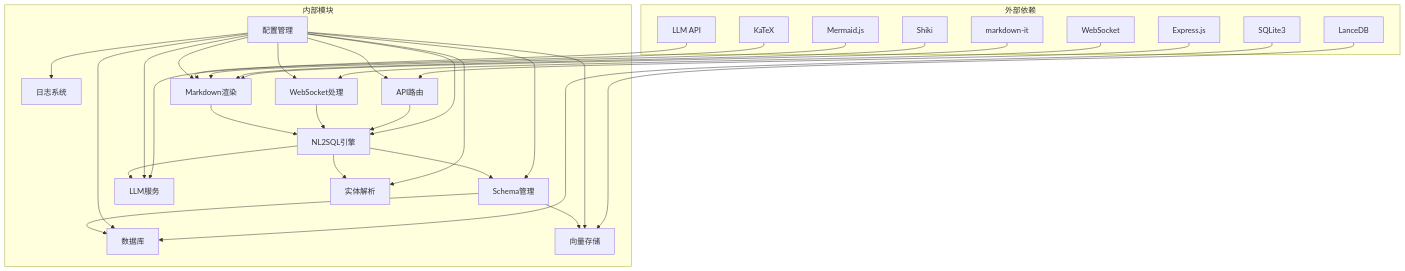
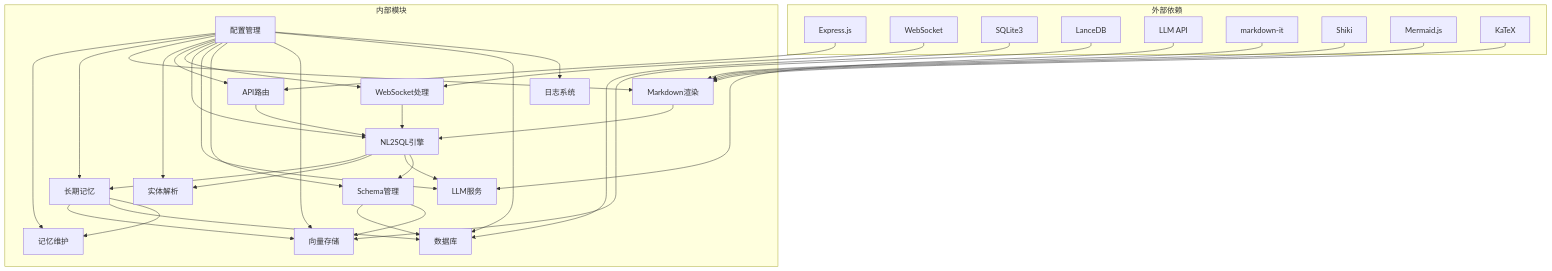
One commit to HanHuiOnLine/724-office changed diagram 15 of 15 in .qoder/repowiki/zh/content/核心模块详解/NL2SQL自然语言到SQL系统/NL2SQL自然语言到SQL系统.md. Above: the diagram before and after it, drawn with Mermaid. The commit also changed other lines of this file and 14 other files, not shown here.

Commit message:
优化意图识别

````diff
--- a/.qoder/repowiki/zh/content/核心模块详解/NL2SQL自然语言到SQL系统/NL2SQL自然语言到SQL系统.md
+++ b/.qoder/repowiki/zh/content/核心模块详解/NL2SQL自然语言到SQL系统/NL2SQL自然语言到SQL系统.md
@@ -653,54 +840,62 @@
 ```mermaid
 graph TB
 subgraph "外部依赖"
 EX1[Express.js]
 EX2[WebSocket]
 EX3[SQLite3]
 EX4[LanceDB]
 EX5[LLM API]
 EX6[markdown-it]
 EX7[Shiki]
 EX8[Mermaid.js]
 EX9[KaTeX]
 end
 subgraph "内部模块"
 IM1[配置管理]
 IM2[日志系统]
 IM3[数据库]
 IM4[向量存储]
 IM5[Schema管理]
 IM6[LLM服务]
 IM7[NL2SQL引擎]
 IM8[WebSocket处理]
 IM9[API路由]
 IM10[实体解析]
 IM11[Markdown渲染]
+IM12[长期记忆]
+IM13[记忆维护]
 end
 EX1 --> IM9
 EX2 --> IM8
 EX3 --> IM3
 EX4 --> IM4
 EX5 --> IM6
 EX6 --> IM11
 EX7 --> IM11
 EX8 --> IM11
 EX9 --> IM11
 IM1 --> IM2
 IM1 --> IM3
 IM1 --> IM4
 IM1 --> IM5
 IM1 --> IM6
 IM1 --> IM7
 IM1 --> IM8
 IM1 --> IM9
 IM1 --> IM10
 IM1 --> IM11
+IM1 --> IM12
+IM1 --> IM13
 IM9 --> IM7
 IM8 --> IM7
 IM7 --> IM5
 IM7 --> IM6
 IM7 --> IM10
+IM7 --> IM12
+IM12 --> IM13
+IM12 --> IM3
+IM12 --> IM4
 IM5 --> IM4
 IM5 --> IM3
 IM11 --> IM7
 ```
````
